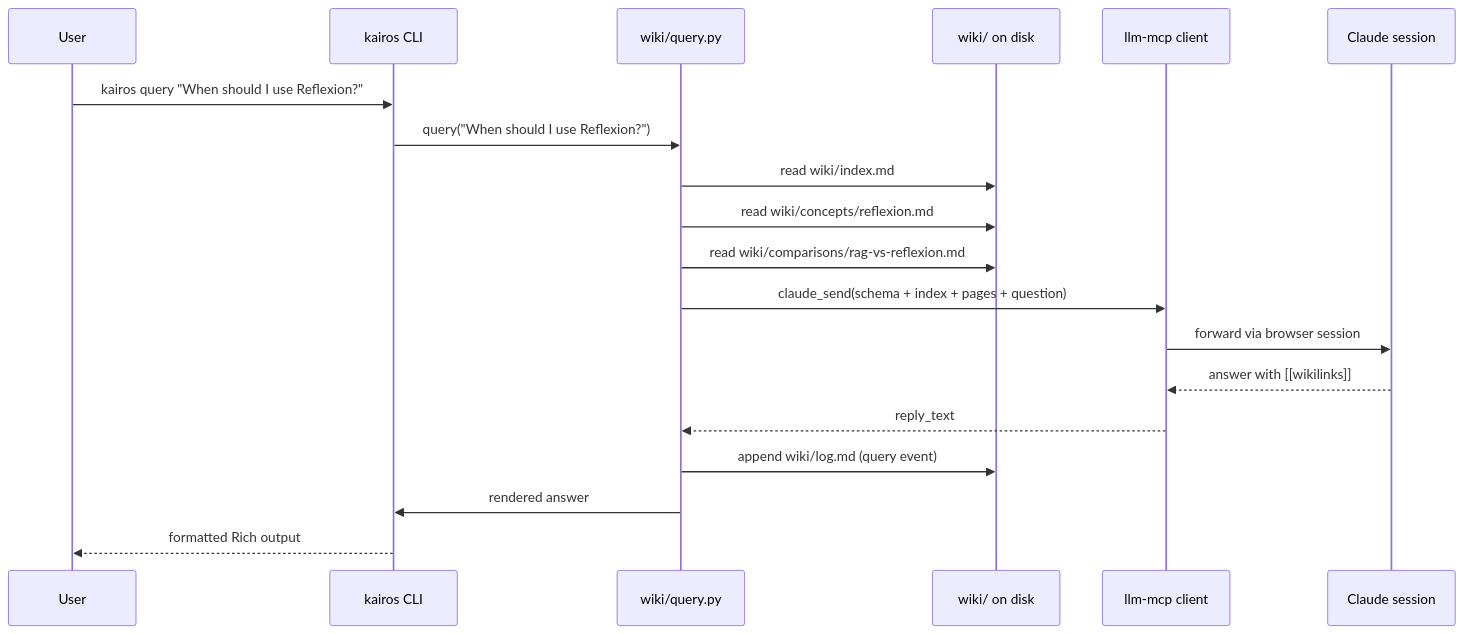
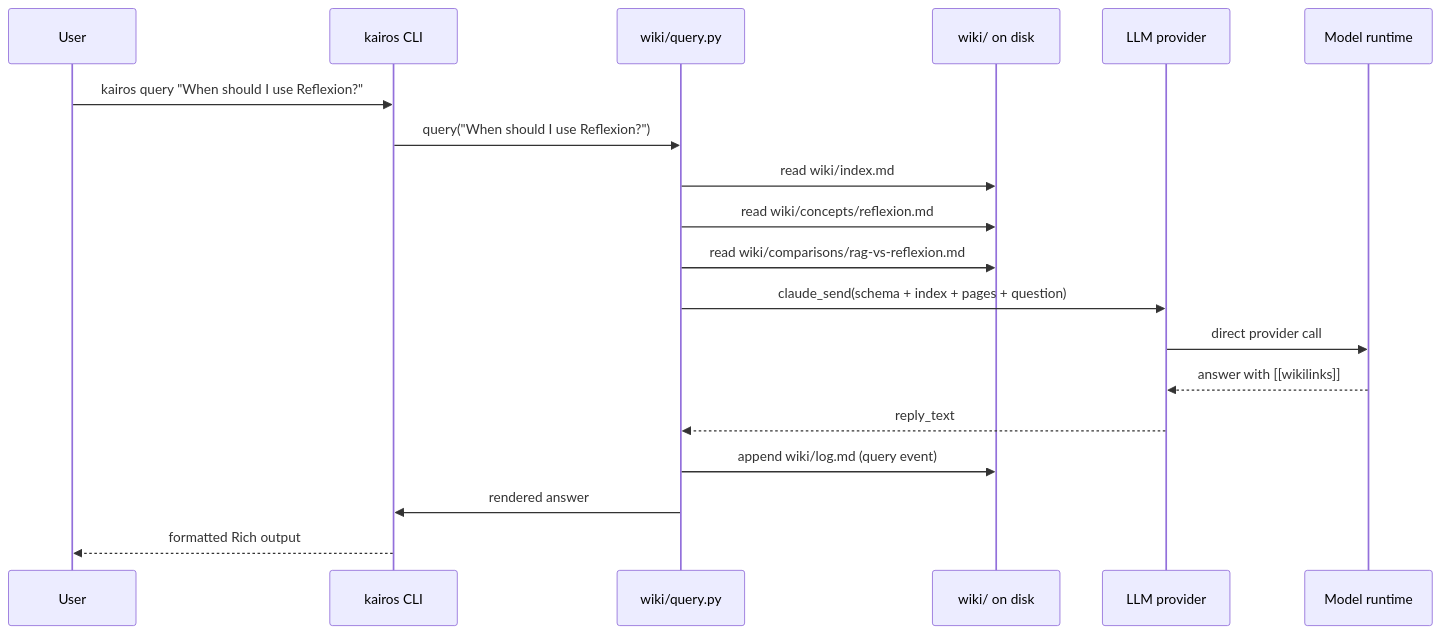
One commit to vinothhacks/kairos changed the third of 3 diagrams in docs/architecture.md. Above: the diagram before and after it, drawn with Mermaid. The commit also changed other lines of this file and 59 other files, not shown here.

Commit message:
release: v0.4.0 direct backends and MCP server

````diff
--- a/docs/architecture.md
+++ b/docs/architecture.md
@@ -217,22 +239,22 @@
 ```mermaid
 sequenceDiagram
     participant User
     participant CLI as kairos CLI
     participant Q as wiki/query.py
     participant FS as wiki/ on disk
-    participant MCP as llm-mcp client
-    participant Claude as Claude session
+    participant Provider as LLM provider
+    participant Model as Model runtime
 
     User->>CLI: kairos query "When should I use Reflexion?"
     CLI->>Q: query("When should I use Reflexion?")
     Q->>FS: read wiki/index.md
     Q->>FS: read wiki/concepts/reflexion.md
     Q->>FS: read wiki/comparisons/rag-vs-reflexion.md
-    Q->>MCP: claude_send(schema + index + pages + question)
-    MCP->>Claude: forward via browser session
-    Claude-->>MCP: answer with [[wikilinks]]
-    MCP-->>Q: reply_text
+    Q->>Provider: claude_send(schema + index + pages + question)
+    Provider->>Model: direct provider call
+    Model-->>Provider: answer with [[wikilinks]]
+    Provider-->>Q: reply_text
     Q->>FS: append wiki/log.md (query event)
     Q->>CLI: rendered answer
     CLI-->>User: formatted Rich output
 ```
````
